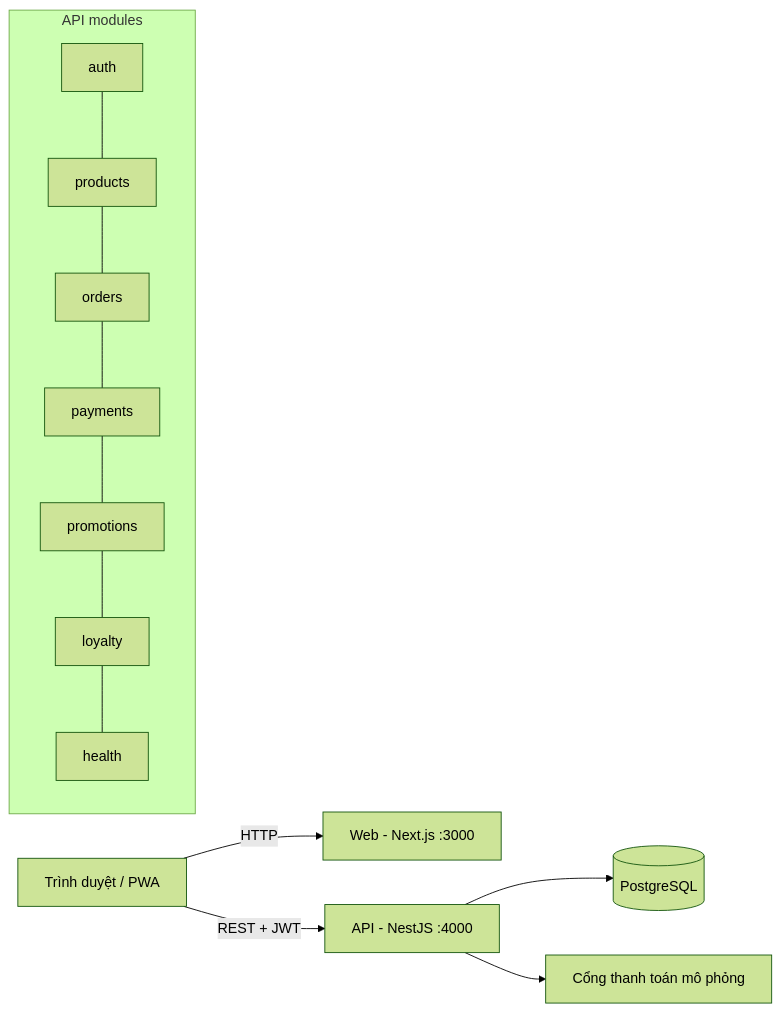
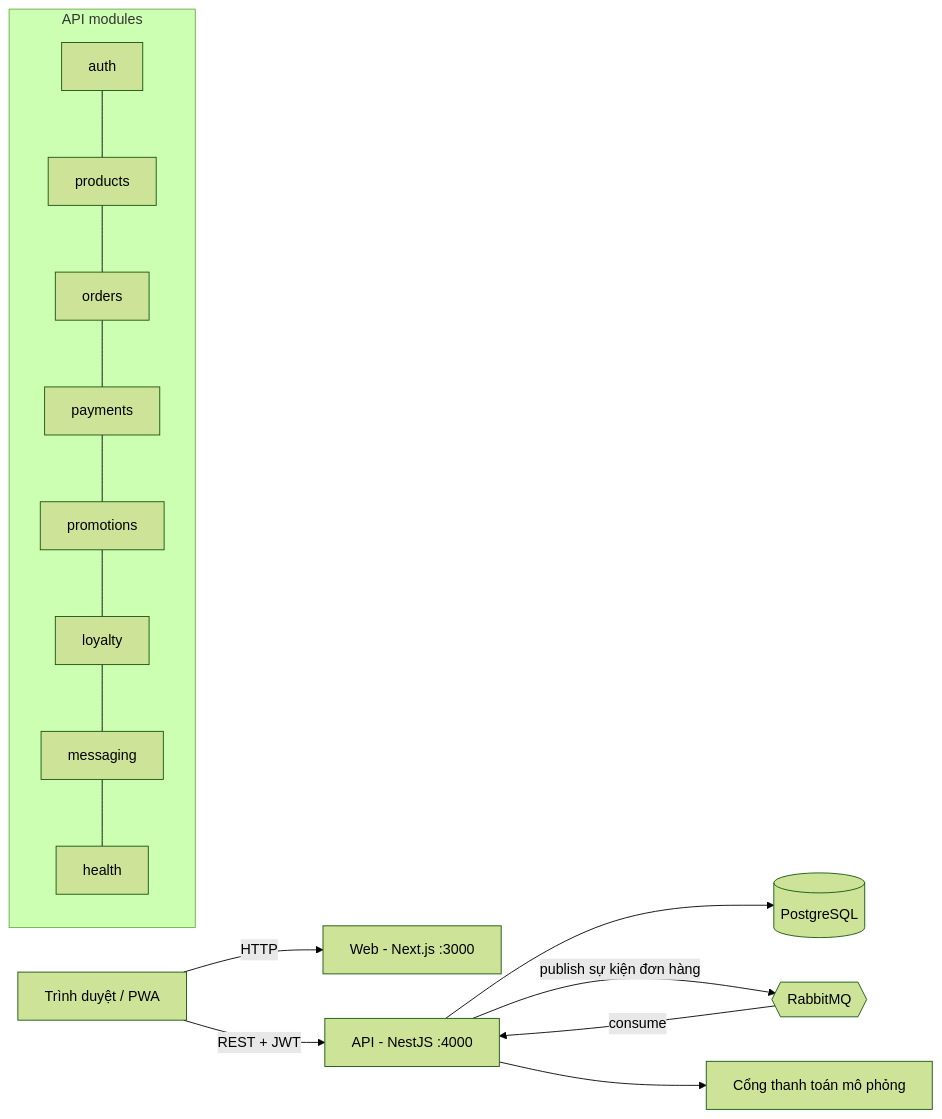
Before and after one commit to quithien22/brewlite-: the first of 3 diagrams in README.md, drawn with Mermaid (forest theme). The commit also changed other lines of this file and 15 other files, not shown here.

````diff
--- a/README.md
+++ b/README.md
@@ -36,11 +37,13 @@
 ```mermaid
 flowchart LR
   U[Trình duyệt / PWA] -->|HTTP| W[Web - Next.js :3000]
   U -->|REST + JWT| A[API - NestJS :4000]
   A --> D[(PostgreSQL)]
+  A -->|publish sự kiện đơn hàng| Q{{RabbitMQ}}
+  Q -->|consume| A
   A --> G[Cổng thanh toán mô phỏng]
   subgraph API modules
     direction TB
-    auth --- products --- orders --- payments --- promotions --- loyalty --- health
+    auth --- products --- orders --- payments --- promotions --- loyalty --- messaging --- health
   end
 ```
````
